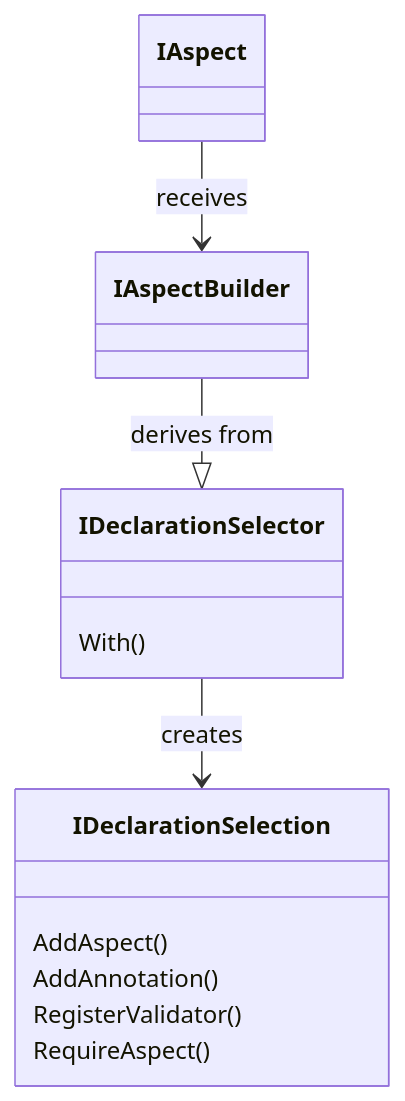
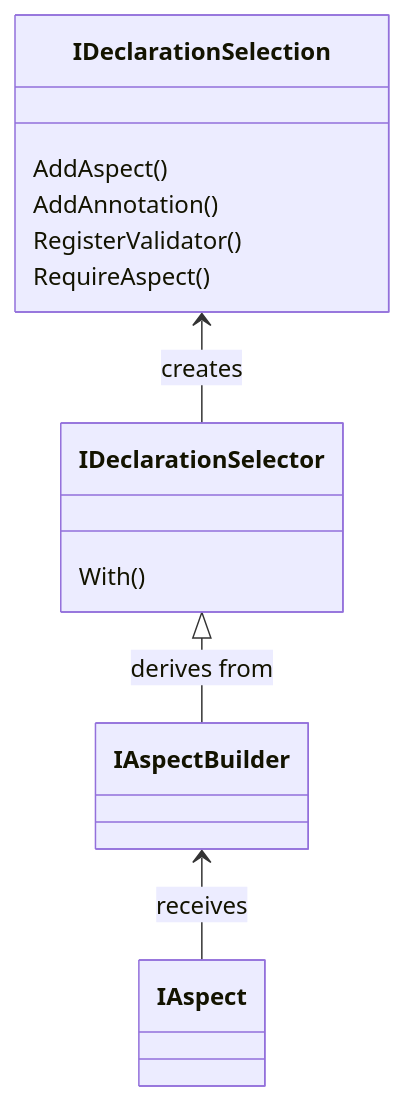
One commit to postsharp/Metalama.Documentation changed the third of 4 diagrams in docfx/namespaces/Metalama.Framework.Aspects.md. Above: the diagram before and after it, drawn with Mermaid. The commit also changed other lines of this file and 9 other files, not shown here.

Commit message:
Improved class diagrams

````diff
--- a/docfx/namespaces/Metalama.Framework.Aspects.md
+++ b/docfx/namespaces/Metalama.Framework.Aspects.md
@@ -86,23 +85,23 @@
 ```mermaid
 classDiagram
 
-    IAspect --> IAspectBuilder : receives
+    IAspectBuilder <-- IAspect : receives
     
     class IAspectBuilder {
     }
 
     class IDeclarationSelector {
         With()
     }
 
-    IAspectBuilder --|> IDeclarationSelector : derives from
+    IDeclarationSelector <|-- IAspectBuilder : derives from
 
     class IDeclarationSelection {
         AddAspect()
         AddAnnotation()
         RegisterValidator()
         RequireAspect()
     }
 
-    IDeclarationSelector --> IDeclarationSelection : creates
+    IDeclarationSelection <-- IDeclarationSelector : creates
 ```
````
